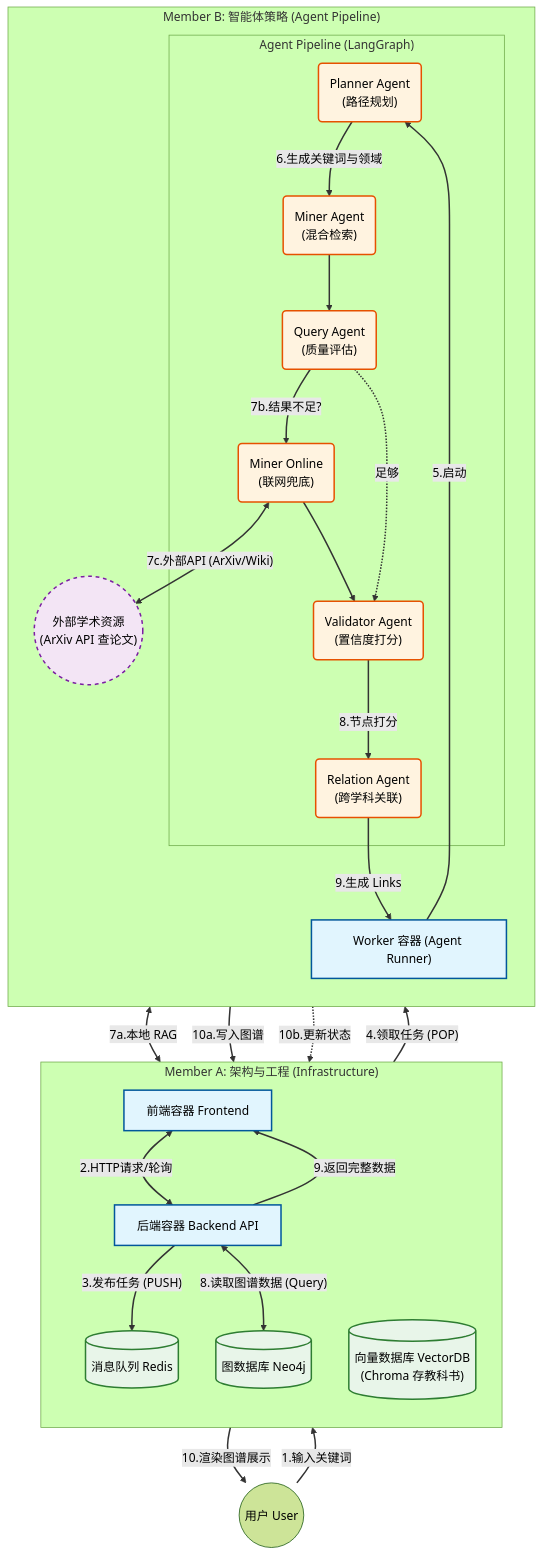
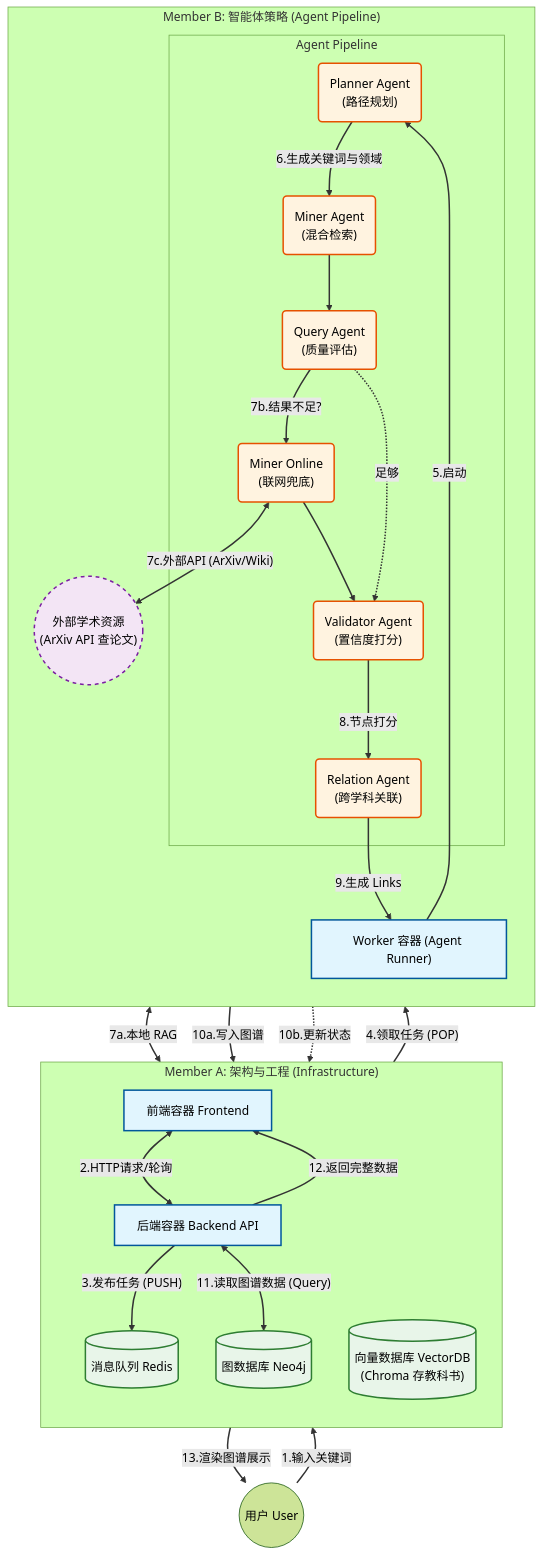
One commit to OpenEduTech/CloudComputer2025 changed the diagram in README.md. Above: the diagram before and after it, drawn with Mermaid (forest theme). The commit also changed other lines of this file, not shown here.

````diff
--- a/README.md
+++ b/README.md
@@ -30,71 +31,71 @@
 ```mermaid
 graph TD
     %% --- 样式定义 (保持不变) ---
     classDef eng fill:#e1f5fe,stroke:#01579b,stroke-width:2px
     classDef ai fill:#fff3e0,stroke:#e65100,stroke-width:2px
     classDef db fill:#e8f5e9,stroke:#2e7d32,stroke-width:2px
     classDef ext fill:#f3e5f5,stroke:#7b1fa2,stroke-width:2px,stroke-dasharray: 5 5
     classDef err fill:none,stroke:#c62828,stroke-width:2px,stroke-dasharray: 5 5,color:#c62828
 
     %% --- 外部交互 ---
     User(("用户 User")) -->|"1.输入关键词"| FE
-    FE -->|"10.渲染图谱展示"| User
+    FE -->|"13.渲染图谱展示"| User
 
     %% --- Member A: 架构与工程 (Infrastructure) ---
     subgraph GroupA ["Member A: 架构与工程 (Infrastructure)"]
         direction TB
         FE["前端容器 Frontend"]:::eng
         API["后端容器 Backend API"]:::eng
         Redis[("消息队列 Redis")]:::db
         Neo4j[("图数据库 Neo4j")]:::db
         VectorDB[("向量数据库 VectorDB<br/>(Chroma 存教科书)")]:::db
         
         FE <-->|"2.HTTP请求/轮询"| API
         API -->|"3.发布任务 (PUSH)"| Redis
         
-        API <-->|"8.读取图谱数据 (Query)"| Neo4j
-        API -->|"9.返回完整数据"| FE
+        API <-->|"11.读取图谱数据 (Query)"| Neo4j
+        API -->|"12.返回完整数据"| FE
     end
 
     %% --- 外部学术资源 ---
     Arxiv(("外部学术资源<br/>(ArXiv API 查论文)")):::ext
 
     %% --- Member B: 智能体策略 (Agent Strategy) ---
     subgraph GroupB ["Member B: 智能体策略 (Agent Pipeline)"]
         direction TB
         Worker["Worker 容器 (Agent Runner)"]:::eng
         
-        subgraph Pipeline ["Agent Pipeline (LangGraph)"]
+        subgraph Pipeline ["Agent Pipeline"]
             Planner("Planner Agent<br/>(路径规划)"):::ai
             Miner("Miner Agent<br/>(混合检索)"):::ai
             Query("Query Agent<br/>(质量评估)"):::ai
             MinerOnline("Miner Online<br/>(联网兜底)"):::ai
             Validator("Validator Agent<br/>(置信度打分)"):::ai
             Relation("Relation Agent<br/>(跨学科关联)"):::ai
         end
         
         Redis -->|"4.领取任务 (POP)"| Worker
         Worker -->|"5.启动"| Planner
         Planner -->|"6.生成关键词与领域"| Miner
         
         %% --- 核心检索逻辑变更 ---
         Miner <-->|"7a.本地 RAG"| VectorDB
         Miner --> Query
         
         Query -->|"7b.结果不足?"| MinerOnline
         Query -.->|"足够"| Validator
         
         MinerOnline <-->|"7c.外部API (ArXiv/Wiki)"| Arxiv
         MinerOnline --> Validator
         
         Validator -->|"8.节点打分"| Relation
         
         %% --- 关系构建与落地 ---
         Relation -->|"9.生成 Links"| Worker
         Worker -->|"10a.写入图谱"| Neo4j
         Worker -.->|"10b.更新状态"| Redis
     end
 
     %% --- 全局连线样式 ---
     linkStyle default stroke:#333,stroke-width:2px;
 ```
````
